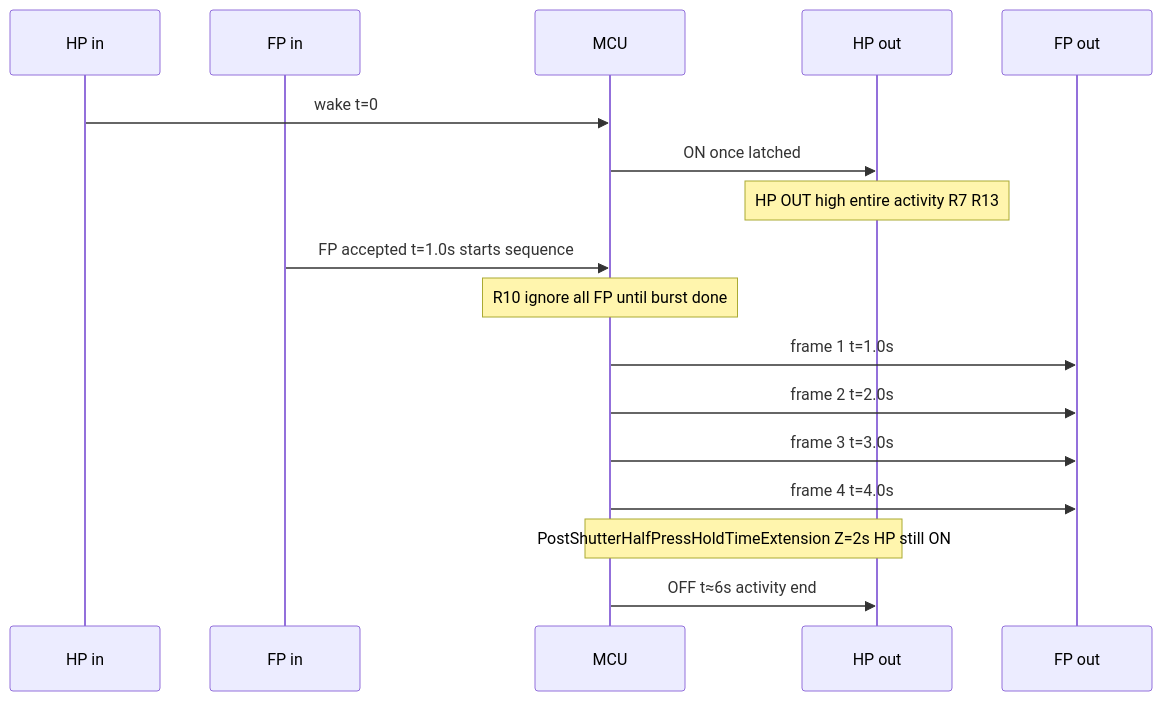
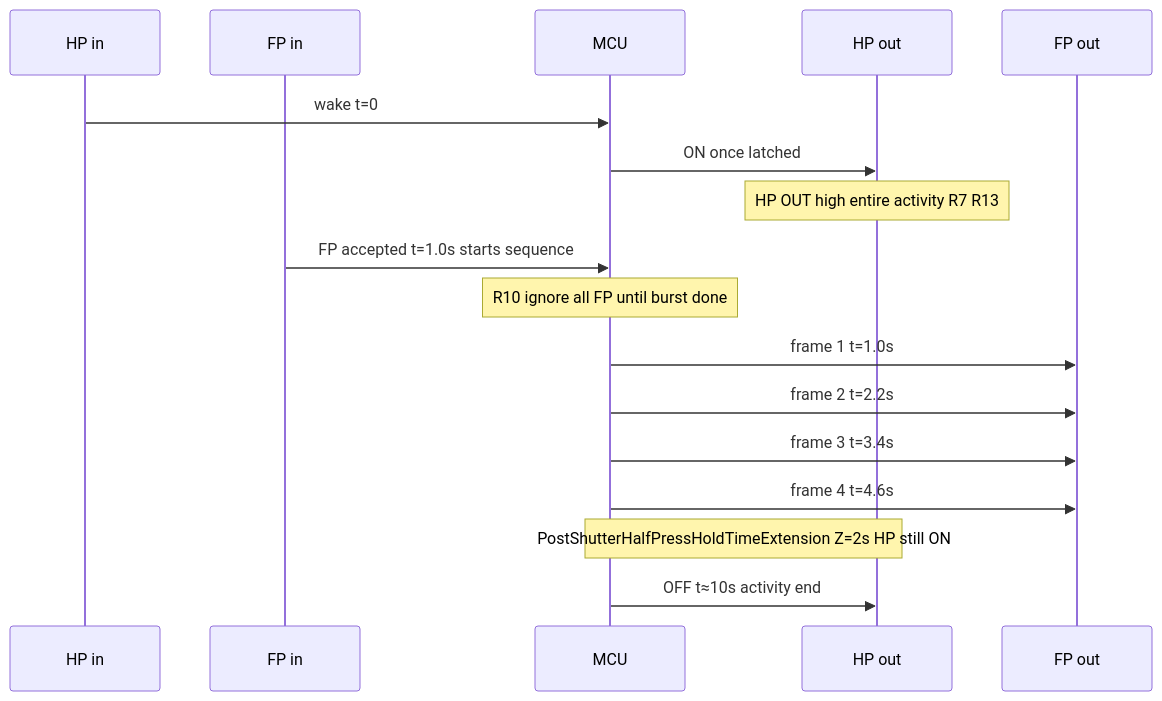
The first of 7 diagrams in docs/diagrams/timing-sequences.md (intvenlab/camptraptions_timing), drawn with Mermaid before and after one commit. The commit also changed other lines of this file and 62 other files, not shown here.

````diff
--- a/docs/diagrams/timing-sequences.md
+++ b/docs/diagrams/timing-sequences.md
@@ -37,20 +37,20 @@
 ```mermaid
 sequenceDiagram
     participant HPi as HP in
     participant FPi as FP in
     participant MCU
     participant HPo as HP out
     participant FPo as FP out
 
     HPi->>MCU: wake t=0
     MCU->>HPo: ON once latched
     Note over HPo: HP OUT high entire activity R7 R13
     FPi->>MCU: FP accepted t=1.0s starts sequence
     Note over MCU: R10 ignore all FP until burst done
     MCU->>FPo: frame 1 t=1.0s
-    MCU->>FPo: frame 2 t=2.0s
-    MCU->>FPo: frame 3 t=3.0s
-    MCU->>FPo: frame 4 t=4.0s
+    MCU->>FPo: frame 2 t=2.2s
+    MCU->>FPo: frame 3 t=3.4s
+    MCU->>FPo: frame 4 t=4.6s
     Note over MCU,HPo: PostShutterHalfPressHoldTimeExtension Z=2s HP still ON
-    MCU->>HPo: OFF t≈6s activity end
+    MCU->>HPo: OFF t≈10s activity end
 ```
````
